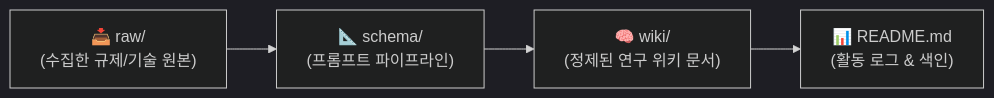
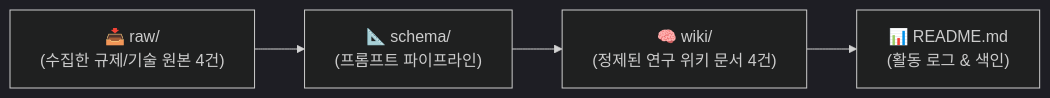
One commit to semi282/AMANBO changed the diagram in 함석신/README.md. Above: the diagram before and after it, drawn with Mermaid (dark theme). The commit also changed other lines of this file and 16 other files, not shown here.

````diff
--- a/함석신/README.md
+++ b/함석신/README.md
@@ -29,6 +31,6 @@
 ```mermaid
 flowchart LR
-    A["📥 raw/<br>(수집한 규제/기술 원본)"] --> B["📐 schema/<br>(프롬프트 파이프라인)"]
-    B --> C["🧠 wiki/<br>(정제된 연구 위키 문서)"]
+    A["📥 raw/<br>(수집한 규제/기술 원본 4건)"] --> B["📐 schema/<br>(프롬프트 파이프라인)"]
+    B --> C["🧠 wiki/<br>(정제된 연구 위키 문서 4건)"]
     C --> D["📊 README.md<br>(활동 로그 & 색인)"]
 ```
````
